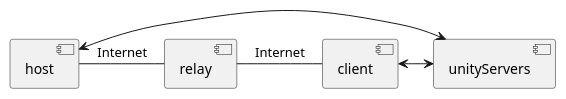
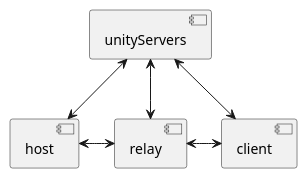
Before and after one commit to AlexDeAguiar/TFG-new-repo: the diagram in TFG-new-project/Documentation/PlantUmlDiagrams/machinesDiagram.puml, drawn with PlantUML. The commit also changed 6 other files, not shown here.

Commit message:
Update diagrams

```diff
--- a/TFG-new-project/Documentation/PlantUmlDiagrams/machinesDiagram.puml
+++ b/TFG-new-project/Documentation/PlantUmlDiagrams/machinesDiagram.puml
@@ -1,13 +1,14 @@
 @startuml
 component host
 component client
 component relay
 component unityServers
 
-host <-> unityServers
-client <-> unityServers
+unityServers <-d-> host
+unityServers <-d-> relay
+unityServers <-d-> client
 
 
-host - relay : Internet
-relay - client : Internet
+host <-r-> relay
+relay <-r-> client
 @enduml
```
